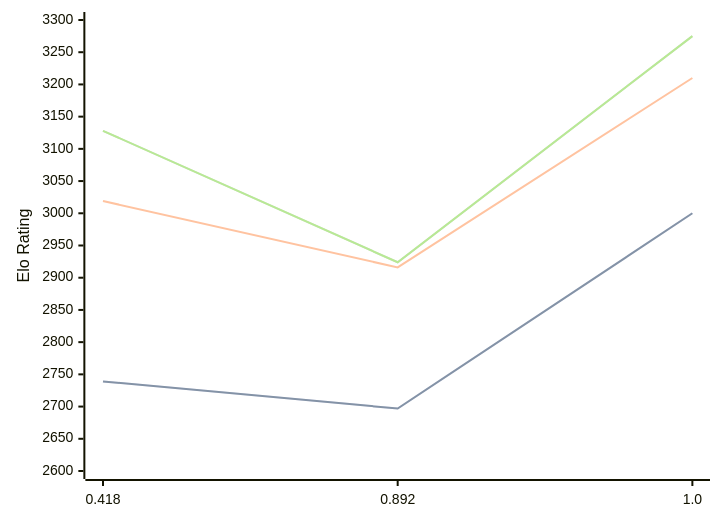
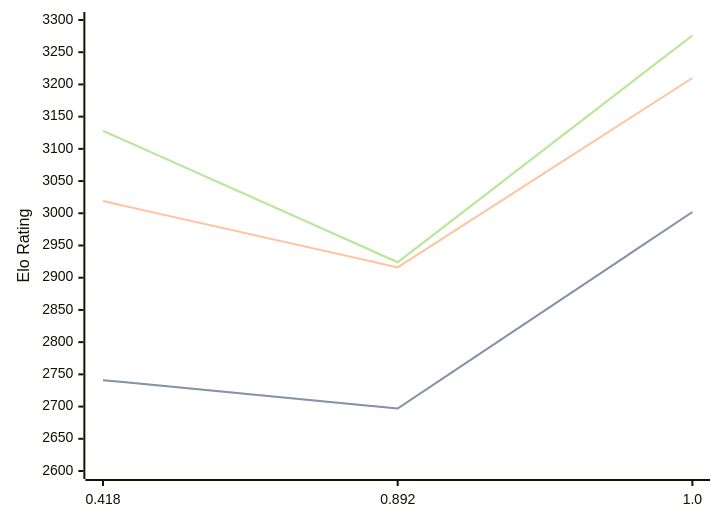
One commit to computer-chess-index/cci changed the diagram in engines/Malika.md. Above: the diagram before and after it, drawn with Mermaid. The commit also changed other lines of this file, not shown here.

Commit message:
Update CCI Ratings (ELO VLTC) - 2026-04-03

````diff
--- a/engines/Malika.md
+++ b/engines/Malika.md
@@ -33,11 +33,11 @@
 ```mermaid
 %%{init: {"theme":"base","themeVariables":{"seriesColors:['#a3a3a3','#222221','#faa371']}}}%%
 xychart-beta
   x-axis ["0.418", "0.892", "1.0"]
   y-axis "Elo Rating" 2600 --> 3300
-  line "STC (8.0+0.08s)" [2739, 2697, 3000]
-  line "STC (8.0+0.08s)" [2739, 2697, 3000]
+  line "STC (8.0+0.08s)" [2741, 2697, 3002]
+  line "STC (8.0+0.08s)" [2741, 2697, 3002]
   line "LTC (60.0+0.60s)" [3019, 2916, 3210]
-  line "VLTC (2m24s+1.12s)" [3128, 2924, 3275]
-  line "VLTC (2m24s+1.12s)" [3128, 2924, 3275]
+  line "VLTC (2m24s+1.12s)" [3128, 2924, 3276]
+  line "VLTC (2m24s+1.12s)" [3128, 2924, 3276]
 ```
````
